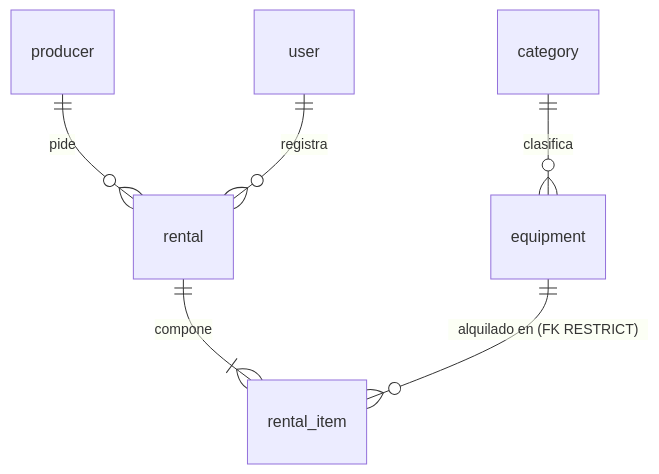
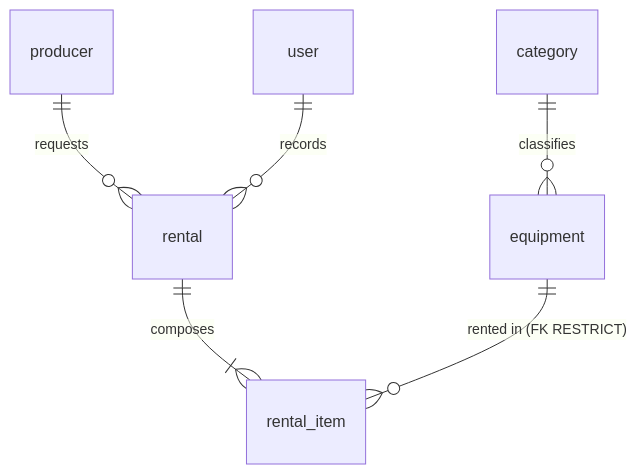
One commit to JohanOtavo/3239137-ADSO changed the diagram in 03-execute/30-week/plan-mejoramiento/docs/data-model.md. Above: the diagram before and after it, drawn with Mermaid. The commit also changed other lines of this file, not shown here.

````diff
--- a/03-execute/30-week/plan-mejoramiento/docs/data-model.md
+++ b/03-execute/30-week/plan-mejoramiento/docs/data-model.md
@@ -42,8 +42,8 @@
 ```mermaid
 erDiagram
-    category ||--o{ equipment    : "clasifica"
-    producer ||--o{ rental       : "pide"
-    user     ||--o{ rental       : "registra"
-    rental   ||--|{ rental_item  : "compone"
-    equipment||--o{ rental_item  : "alquilado en (FK RESTRICT)"
+    category ||--o{ equipment    : "classifies"
+    producer ||--o{ rental       : "requests"
+    user     ||--o{ rental       : "records"
+    rental   ||--|{ rental_item  : "composes"
+    equipment||--o{ rental_item  : "rented in (FK RESTRICT)"
 ```
````
